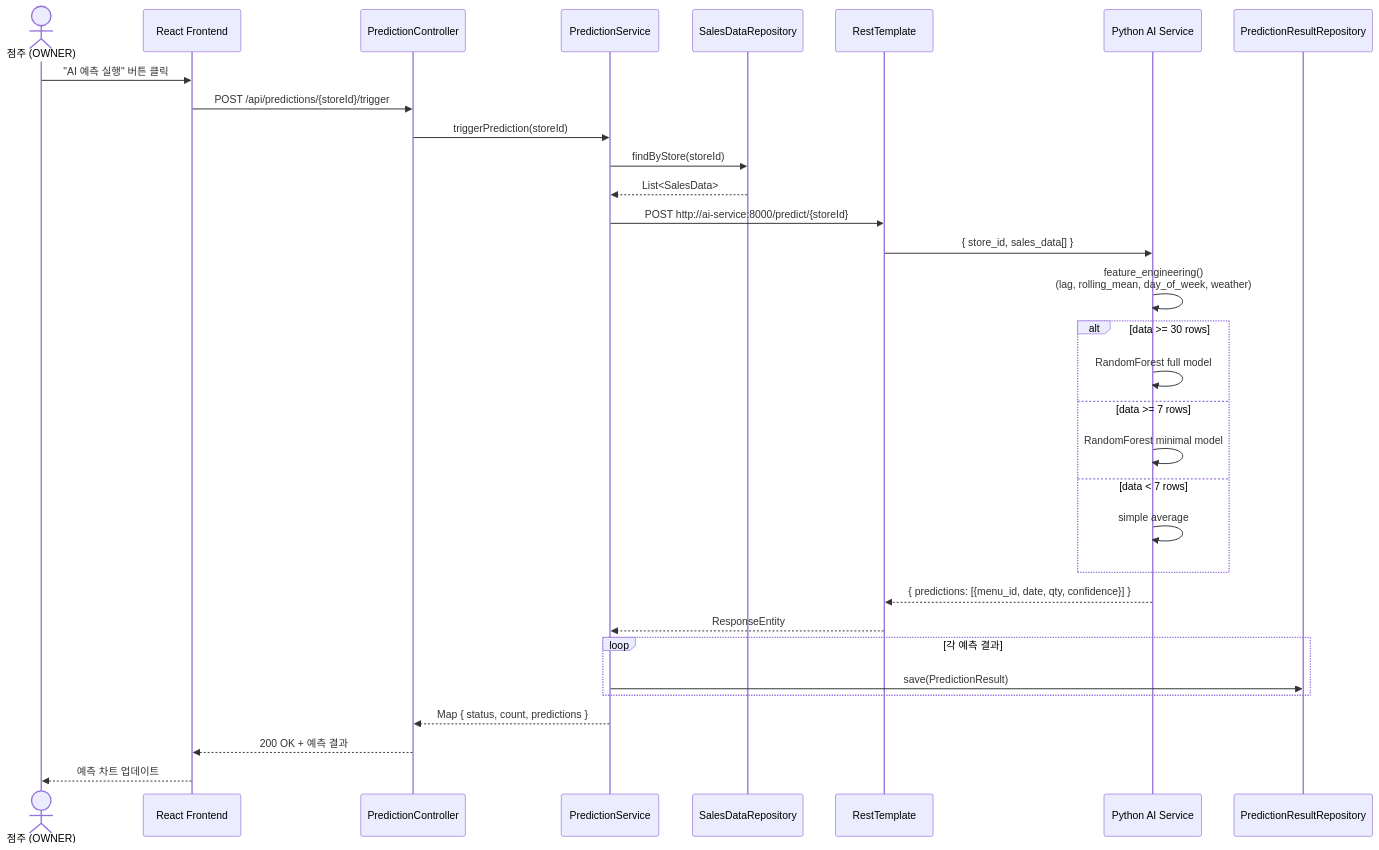
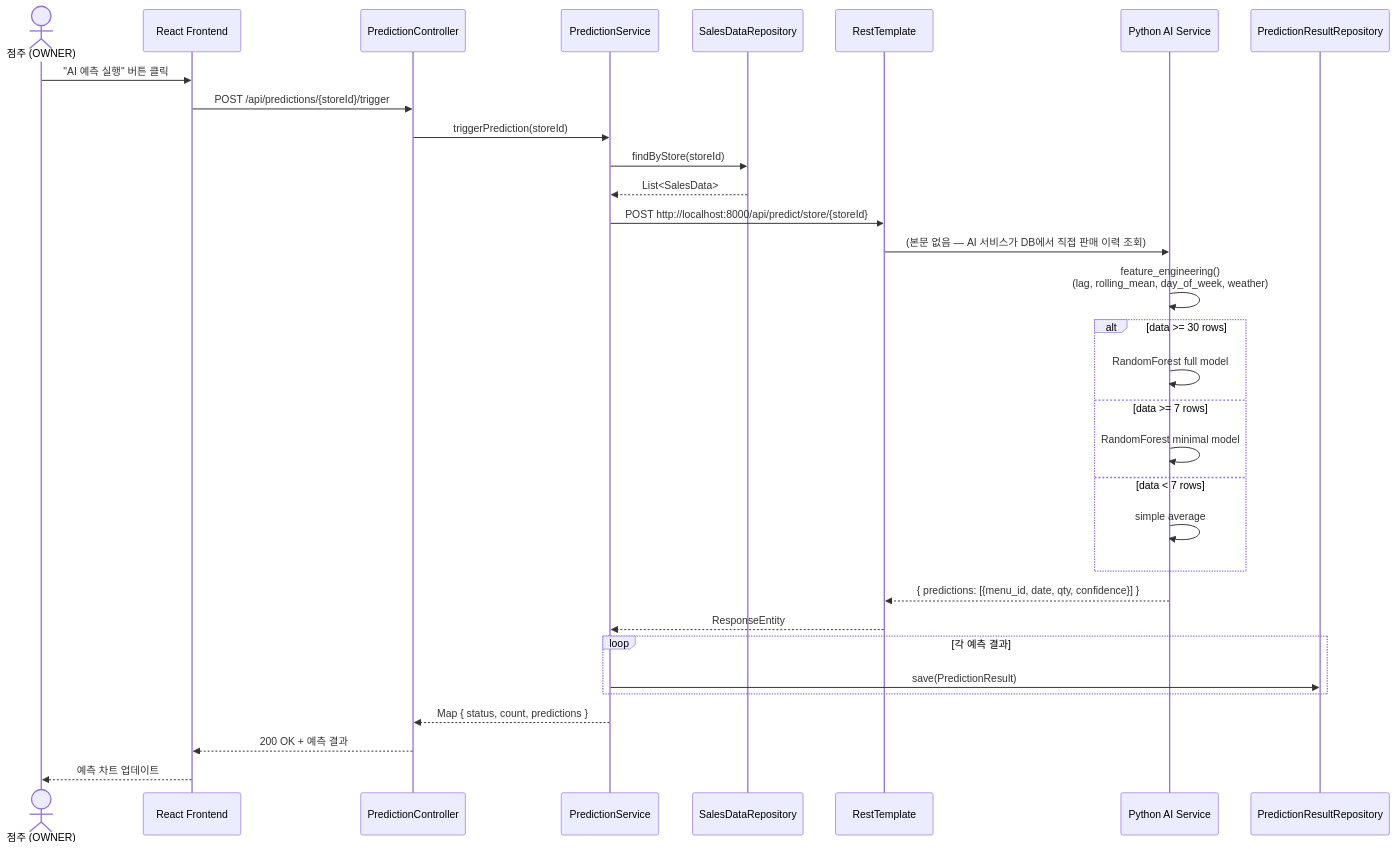
Before and after one commit to Food-G/FoodGuard: the first of 4 diagrams in uml/sequence-prediction.md, drawn with Mermaid. The commit also changed other lines of this file and 3 other files, not shown here.

Commit message:
docs(uml): 아키텍처·ERD·시퀀스·유스케이스 갱신

````diff
--- a/uml/sequence-prediction.md
+++ b/uml/sequence-prediction.md
@@ -5,39 +5,39 @@
 ```mermaid
 sequenceDiagram
     actor Owner as 점주 (OWNER)
     participant FE as React Frontend
     participant PC as PredictionController
     participant PS as PredictionService
     participant SDR as SalesDataRepository
     participant RT as RestTemplate
     participant AI as Python AI Service
     participant PRR as PredictionResultRepository
 
     Owner->>FE: "AI 예측 실행" 버튼 클릭
     FE->>PC: POST /api/predictions/{storeId}/trigger
     PC->>PS: triggerPrediction(storeId)
     PS->>SDR: findByStore(storeId)
     SDR-->>PS: List<SalesData>
-    PS->>RT: POST http://ai-service:8000/predict/{storeId}
-    RT->>AI: { store_id, sales_data[] }
+    PS->>RT: POST http://localhost:8000/api/predict/store/{storeId}
+    RT->>AI: (본문 없음 — AI 서비스가 DB에서 직접 판매 이력 조회)
 
     AI->>AI: feature_engineering()<br/>(lag, rolling_mean, day_of_week, weather)
     alt data >= 30 rows
         AI->>AI: RandomForest full model
     else data >= 7 rows
         AI->>AI: RandomForest minimal model
     else data < 7 rows
         AI->>AI: simple average
     end
 
     AI-->>RT: { predictions: [{menu_id, date, qty, confidence}] }
     RT-->>PS: ResponseEntity
 
     loop 각 예측 결과
         PS->>PRR: save(PredictionResult)
     end
 
     PS-->>PC: Map { status, count, predictions }
     PC-->>FE: 200 OK + 예측 결과
     FE-->>Owner: 예측 차트 업데이트
 ```
````
